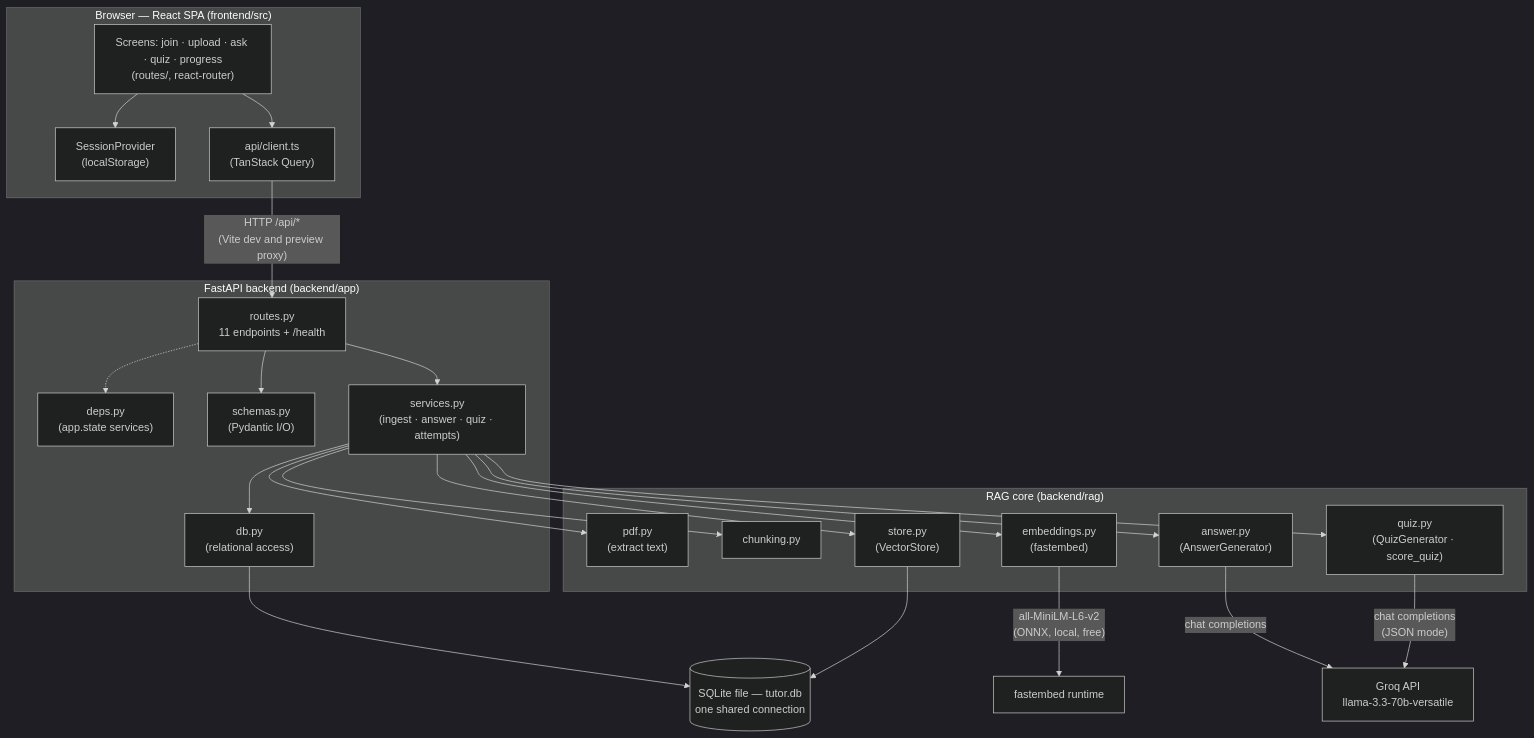
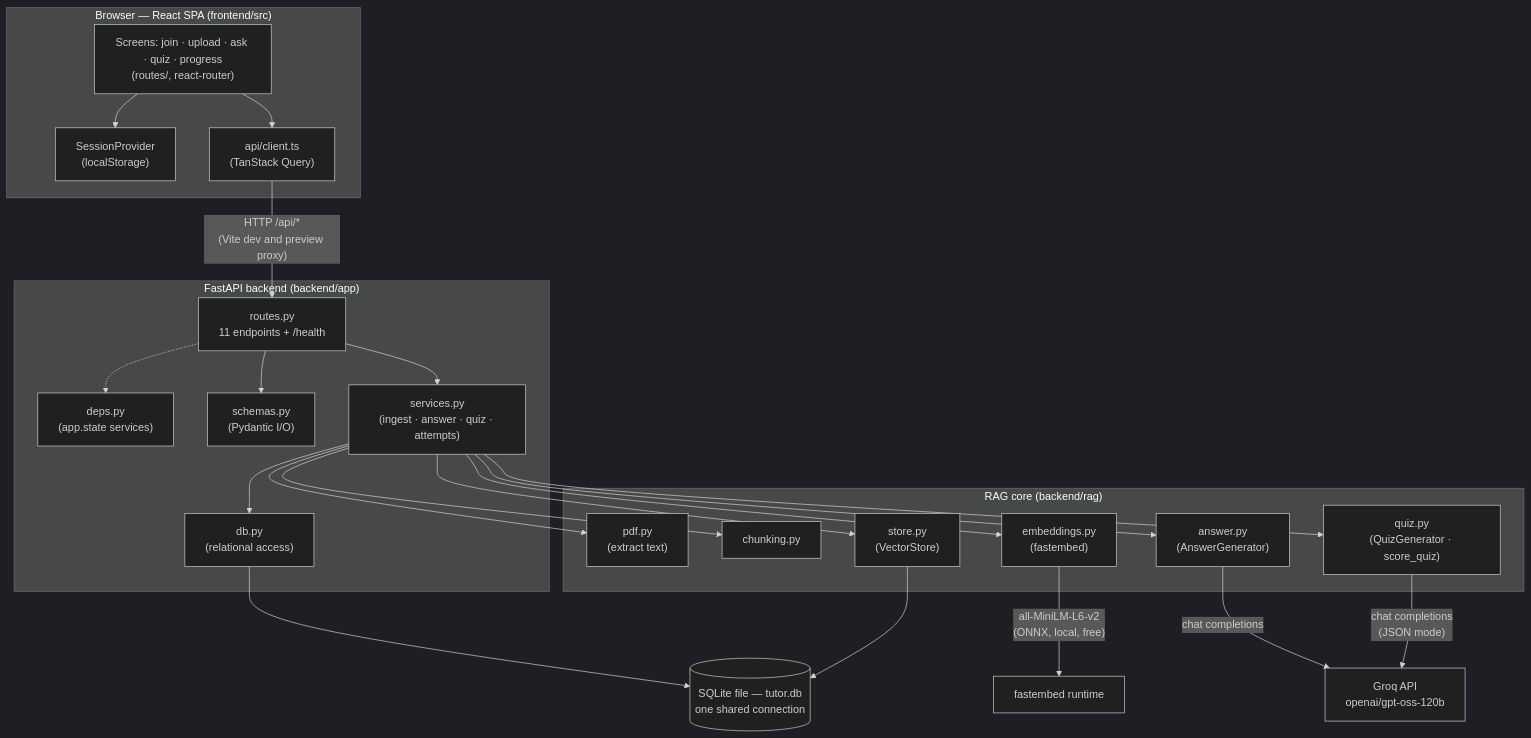
Before and after one commit to abinthomas9322/study-rag-tutor: the first of 4 diagrams in docs/ARCHITECTURE.md, drawn with Mermaid (dark theme). The commit also changed 3 other files, not shown here.

````diff
--- a/docs/ARCHITECTURE.md
+++ b/docs/ARCHITECTURE.md
@@ -22,43 +22,43 @@
 ```mermaid
 flowchart TB
   subgraph Browser["Browser — React SPA (frontend/src)"]
     UI["Screens: join · upload · ask · quiz · progress<br/>(routes/, react-router)"]
     SESS["SessionProvider<br/>(localStorage)"]
     CLIENT["api/client.ts<br/>(TanStack Query)"]
     UI --> CLIENT
     UI --> SESS
   end
 
   CLIENT -->|"HTTP /api/*<br/>(Vite dev and preview proxy)"| ROUTES
 
   subgraph Backend["FastAPI backend (backend/app)"]
     ROUTES["routes.py<br/>11 endpoints + /health"]
     DEPS["deps.py<br/>(app.state services)"]
     SCHEMAS["schemas.py<br/>(Pydantic I/O)"]
     SVC["services.py<br/>(ingest · answer · quiz · attempts)"]
     DBMOD["db.py<br/>(relational access)"]
     ROUTES --> SVC
     ROUTES --> SCHEMAS
     ROUTES -.-> DEPS
     SVC --> DBMOD
   end
 
   subgraph Core["RAG core (backend/rag)"]
     PDF["pdf.py<br/>(extract text)"]
     CHUNK["chunking.py"]
     EMB["embeddings.py<br/>(fastembed)"]
     STORE["store.py<br/>(VectorStore)"]
     ANS["answer.py<br/>(AnswerGenerator)"]
     QUIZ["quiz.py<br/>(QuizGenerator · score_quiz)"]
   end
 
   SVC --> PDF & CHUNK & EMB & STORE & ANS & QUIZ
 
   SQLITE[("SQLite file — tutor.db<br/>one shared connection")]
   DBMOD --> SQLITE
   STORE --> SQLITE
 
   EMB -->|"all-MiniLM-L6-v2<br/>(ONNX, local, free)"| FASTEMBED["fastembed runtime"]
-  ANS -->|"chat completions"| GROQ["Groq API<br/>llama-3.3-70b-versatile"]
+  ANS -->|"chat completions"| GROQ["Groq API<br/>openai/gpt-oss-120b"]
   QUIZ -->|"chat completions<br/>(JSON mode)"| GROQ
 ```
````
